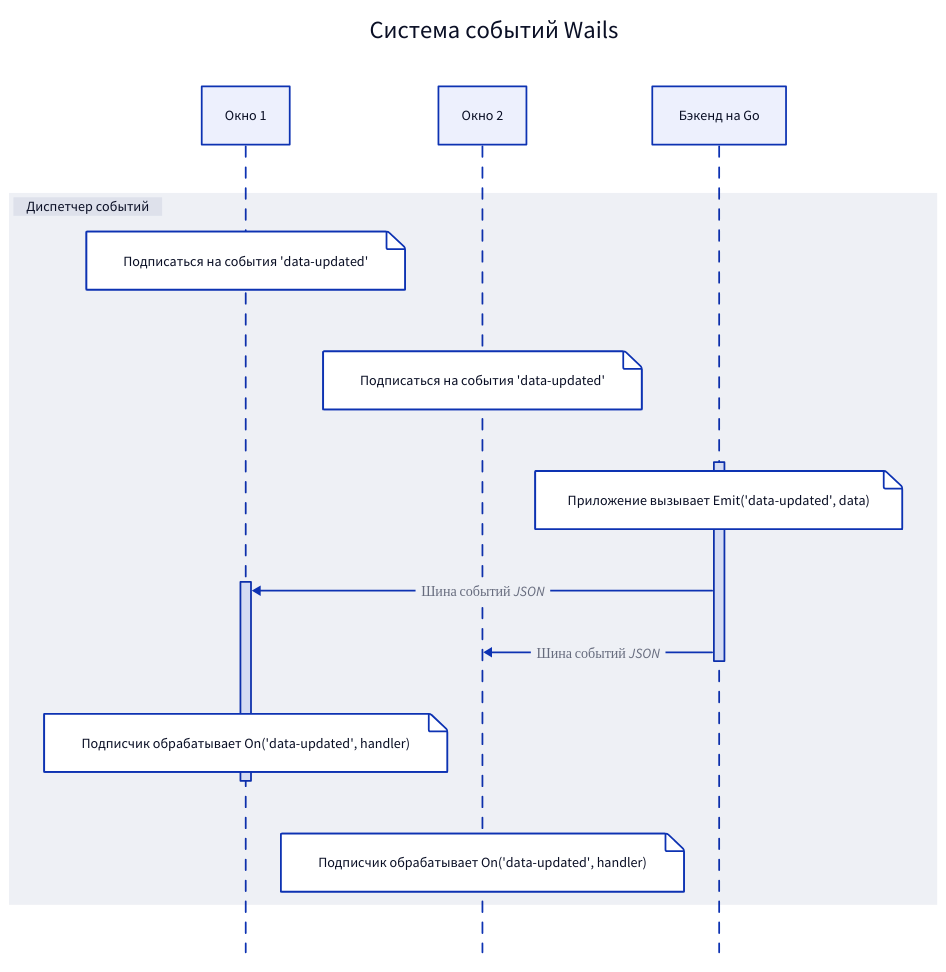
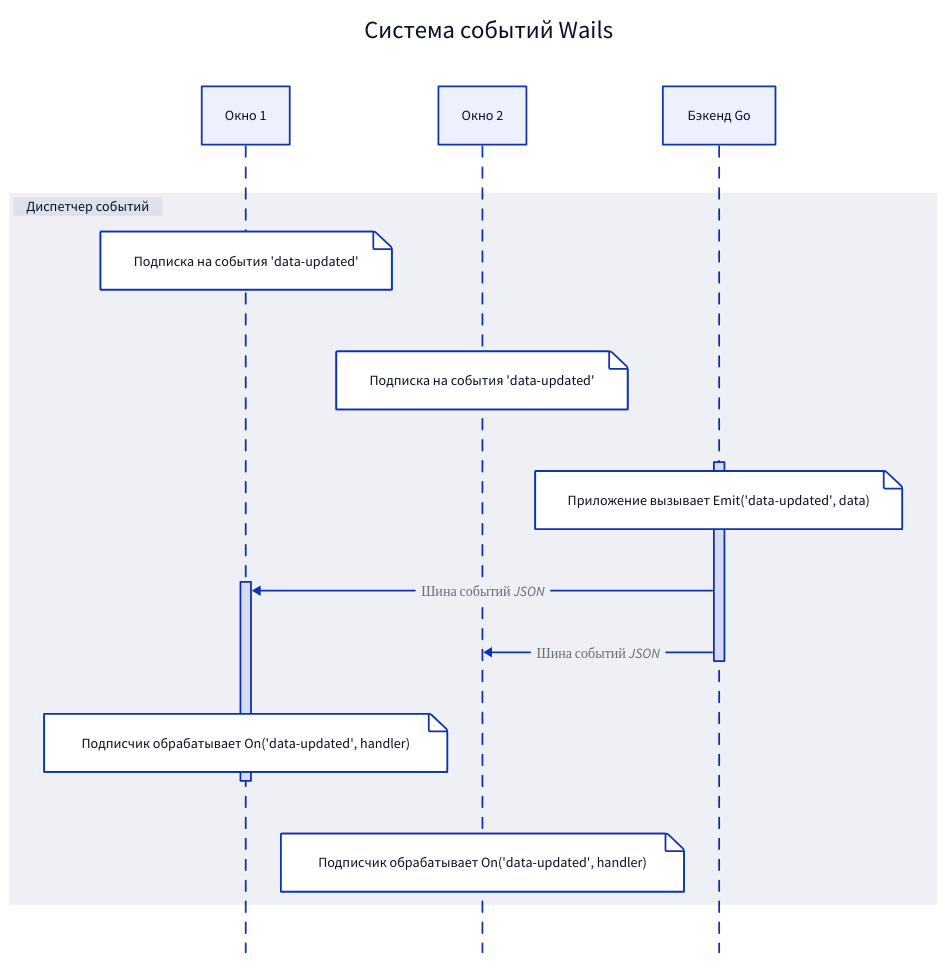
One commit to wailsapp/wails changed the third of 8 diagrams in docs/mpress/content/ru/concepts/architecture.md. Above: the diagram before and after it, drawn with D2. The commit also changed other lines of this file and 1096 other files, not shown here.

````diff
--- a/docs/mpress/content/ru/concepts/architecture.md
+++ b/docs/mpress/content/ru/concepts/architecture.md
@@ -204,24 +204,24 @@
 ```d2
 direction: left
 
 Wails Event System: Система событий Wails {
   shape: sequence_diagram
 
   window1: Окно 1
   window2: Окно 2
-  backend: Бэкенд на Go
+  backend: Бэкенд Go
 
   Event Driver: Диспетчер событий {
     shape: sequence_diagram
-    window1."Subscribe to 'data-updated' events": "Подписаться на события 'data-updated'"
-    window2."Subscribe to 'data-updated' events": "Подписаться на события 'data-updated'"
+    window1."Subscribe to 'data-updated' events": "Подписка на события 'data-updated'"
+    window2."Subscribe to 'data-updated' events": "Подписка на события 'data-updated'"
     backend.a."App Emit('data-updated', data)": "Приложение вызывает Emit('data-updated', data)"
     backend.a -> window1.a: Шина событий JSON
     backend.a -> window2: Шина событий JSON
     window1.a."Subscriber processes On('data-updated', handler)": "Подписчик обрабатывает On('data-updated', handler)"
     window2."Subscriber processes On('data-updated', handler)": "Подписчик обрабатывает On('data-updated', handler)"
   }
   backend.a.label: a
   window1.a.label: a
 }
 ```
````
